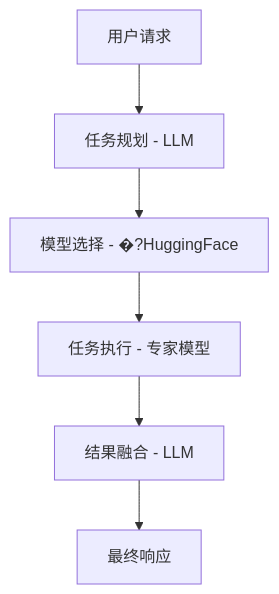
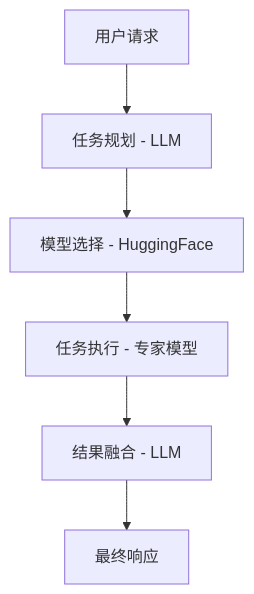
Before and after one commit to likebeans/notes-on-llms: diagram 11 of 11 in docs/llms/multimodal/rag-agent.md, drawn with Mermaid. The commit also changed other lines of this file and 8 other files, not shown here.

````diff
--- a/docs/llms/multimodal/rag-agent.md
+++ b/docs/llms/multimodal/rag-agent.md
@@ -406,8 +406,8 @@
 ```mermaid
 flowchart TB
     USER[用户请求] --> PLAN[任务规划 - LLM]
-    PLAN --> SELECT[模型选择 - �?HuggingFace]
+    PLAN --> SELECT[模型选择 - HuggingFace]
     SELECT --> EXEC[任务执行 - 专家模型]
     EXEC --> FUSE[结果融合 - LLM]
     FUSE --> RESP[最终响应]
 ```
````
